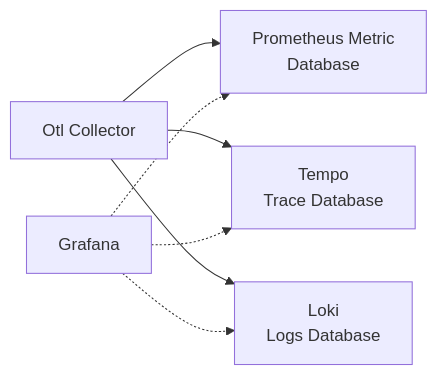
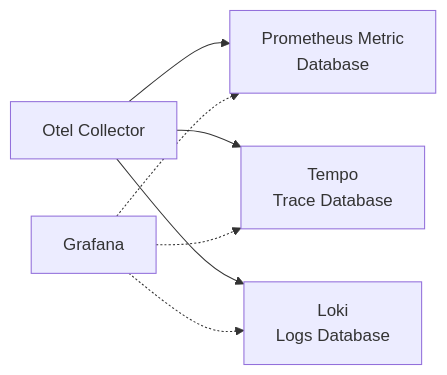
The first of 2 diagrams in src/posts/blogs/2025/0409_deno-built-in-opentelemetry.md (mamezou-tech/mamezou-tech-site), drawn with Mermaid before and after one commit. The commit also changed other lines of this file, not shown here.

````diff
--- a/src/posts/blogs/2025/0409_deno-built-in-opentelemetry.md
+++ b/src/posts/blogs/2025/0409_deno-built-in-opentelemetry.md
@@ -38,14 +38,14 @@
 ```mermaid
 flowchart LR
-  OC[Otl Collector]
+  OC[Otel Collector]
   PM[Prometheus Metric<br>Database]
   TT[Tempo<br>Trace Database]
   LL[Loki<br>Logs Database]
   G[Grafana]
   OC --> PM
   OC --> TT
   OC --> LL
   G -.-> PM
   G -.-> TT
   G -.-> LL
 ```
````
